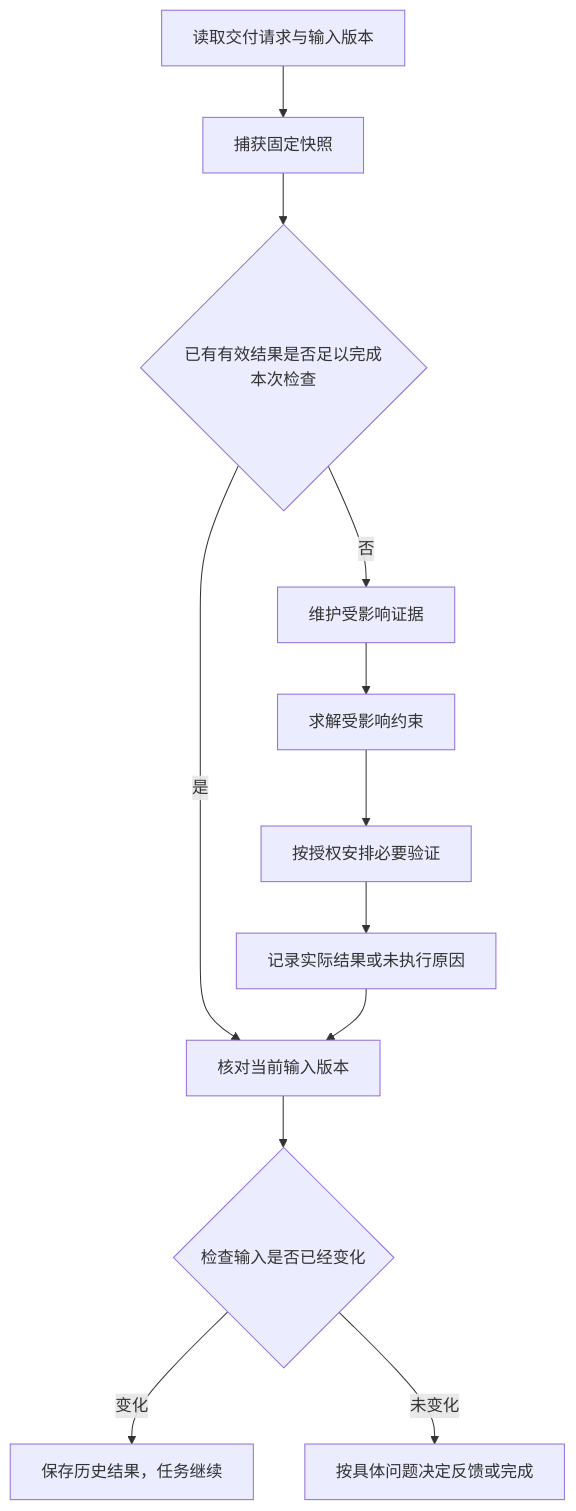
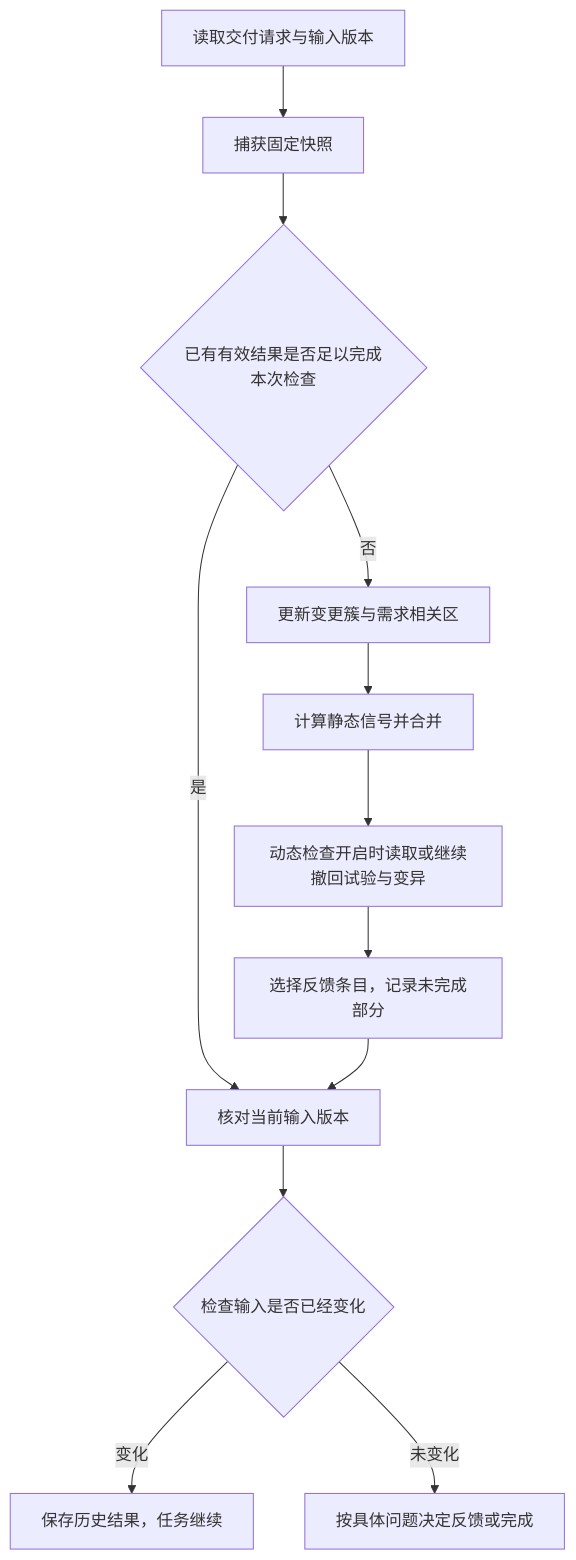
Before and after one commit to Innocent-children/TaskBelay: the third of 3 diagrams in docs/product-architecture.md, drawn with Mermaid. The commit also changed other lines of this file and 26 other files, not shown here.

````diff
--- a/docs/product-architecture.md
+++ b/docs/product-architecture.md
@@ -260,14 +261,14 @@
 ```mermaid
 flowchart TB
     A[读取交付请求与输入版本] --> B[捕获固定快照]
     B --> C{已有有效结果是否足以完成本次检查}
     C -->|是| F[核对当前输入版本]
-    C -->|否| D[维护受影响证据]
-    D --> D1[求解受影响约束]
-    D1 --> E[按授权安排必要验证]
-    E --> E1[记录实际结果或未执行原因]
+    C -->|否| D[更新变更簇与需求相关区]
+    D --> D1[计算静态信号并合并]
+    D1 --> E[动态检查开启时读取或继续撤回试验与变异]
+    E --> E1[选择反馈条目，记录未完成部分]
     E1 --> F
     F --> G{检查输入是否已经变化}
     G -->|变化| H[保存历史结果，任务继续]
     G -->|未变化| I[按具体问题决定反馈或完成]
 ```
````
